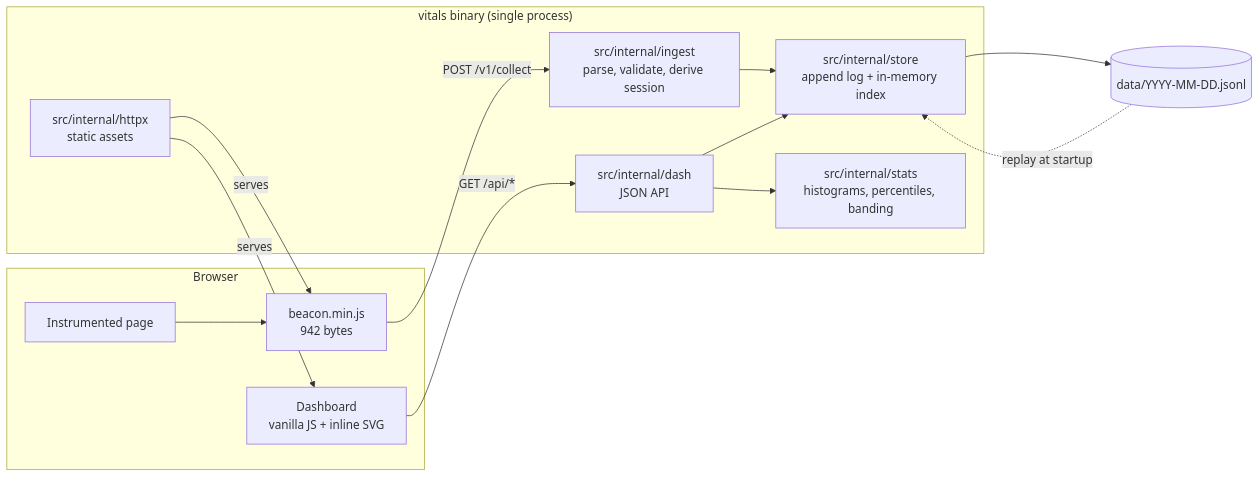
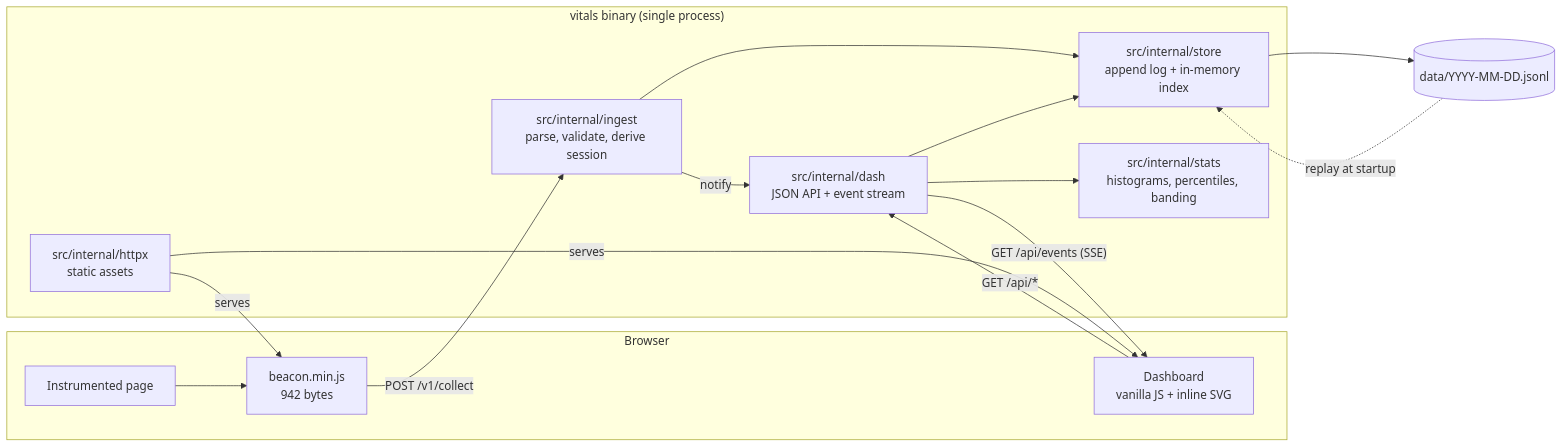
The first of 6 diagrams in docs/architecture.md (ikeshavvarshney/vitals), drawn with Mermaid before and after one commit. The commit also changed other lines of this file and 5 other files, not shown here.

````diff
--- a/docs/architecture.md
+++ b/docs/architecture.md
@@ -15,29 +15,31 @@
 ```mermaid
 flowchart LR
     subgraph browser["Browser"]
         page["Instrumented page"]
         beacon["beacon.min.js<br/>942 bytes"]
         dash["Dashboard<br/>vanilla JS + inline SVG"]
         page --> beacon
     end
 
     subgraph binary["vitals binary (single process)"]
         httpx["src/internal/httpx<br/>static assets"]
         ingest["src/internal/ingest<br/>parse, validate, derive session"]
         store["src/internal/store<br/>append log + in-memory index"]
         stats["src/internal/stats<br/>histograms, percentiles, banding"]
-        api["src/internal/dash<br/>JSON API"]
+        api["src/internal/dash<br/>JSON API + event stream"]
     end
 
     disk[("data/YYYY-MM-DD.jsonl")]
 
     beacon -- "POST /v1/collect" --> ingest
     ingest --> store
     store --> disk
     disk -. "replay at startup" .-> store
     api --> store
     api --> stats
     dash -- "GET /api/*" --> api
+    ingest -- "notify" --> api
+    api -- "GET /api/events (SSE)" --> dash
     httpx -- "serves" --> beacon
     httpx -- "serves" --> dash
 ```
````
